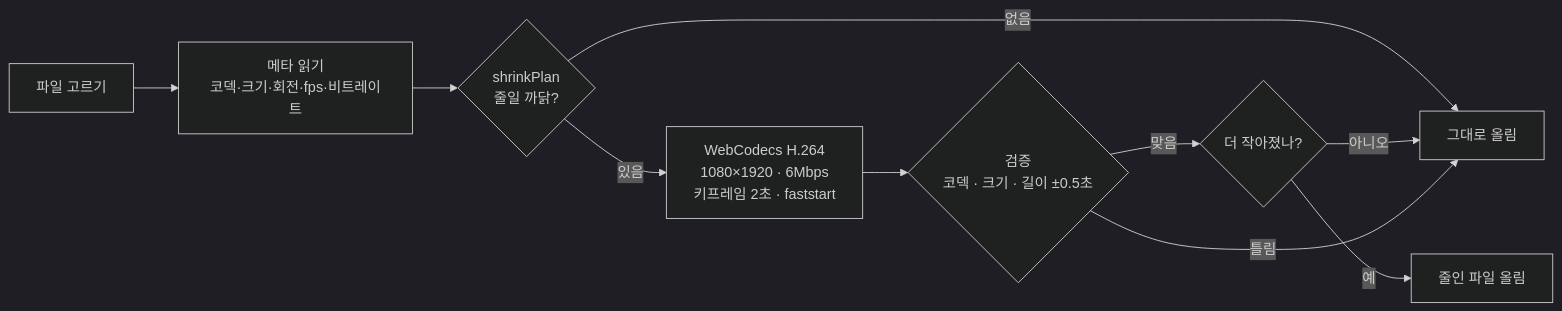
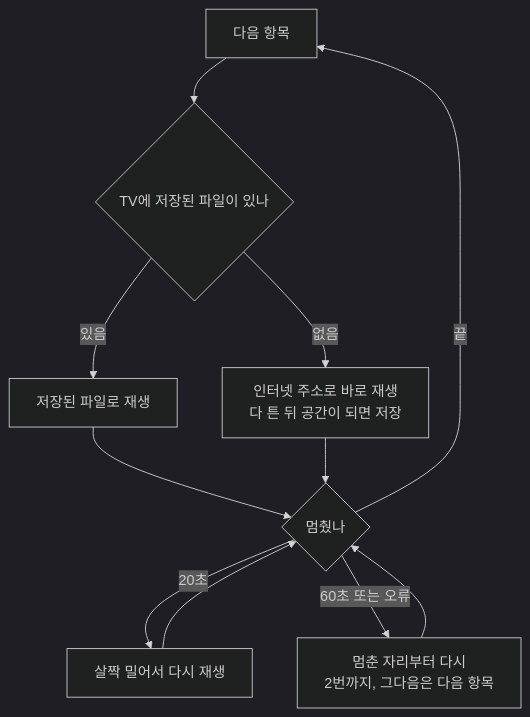
The second of 2 diagrams in projects/smartwall/README.md (firstsm41/portfolio), drawn with Mermaid (dark theme) before and after one commit. The commit also changed other lines of this file and 3 other files, not shown here.

````diff
--- a/projects/smartwall/README.md
+++ b/projects/smartwall/README.md
@@ -153,12 +134,13 @@
 ```mermaid
-flowchart LR
-  A["파일 고르기"] --> B["메타 읽기<br/>코덱·크기·회전·fps·비트레이트"]
-  B --> C{"shrinkPlan<br/>줄일 까닭?"}
-  C -- 없음 --> U["그대로 올림"]
-  C -- 있음 --> D["WebCodecs H.264<br/>1080×1920 · 6Mbps<br/>키프레임 2초 · faststart"]
-  D --> E{"검증<br/>코덱 · 크기 · 길이 ±0.5초"}
-  E -- 맞음 --> F{"더 작아졌나?"}
-  F -- 예 --> V["줄인 파일 올림"]
-  F -- 아니오 --> U
-  E -- 틀림 --> U
+flowchart TB
+  A[다음 항목] --> B{TV에 저장된 파일이 있나}
+  B -- 있음 --> C[저장된 파일로 재생]
+  B -- 없음 --> D[인터넷 주소로 바로 재생<br/>다 튼 뒤 공간이 되면 저장]
+  C --> E{멈췄나}
+  D --> E
+  E -- 20초 --> F[살짝 밀어서 다시 재생]
+  E -- 60초 또는 오류 --> G[멈춘 자리부터 다시<br/>2번까지, 그다음은 다음 항목]
+  E -- 끝 --> A
+  F --> E
+  G --> E
 ```
````
